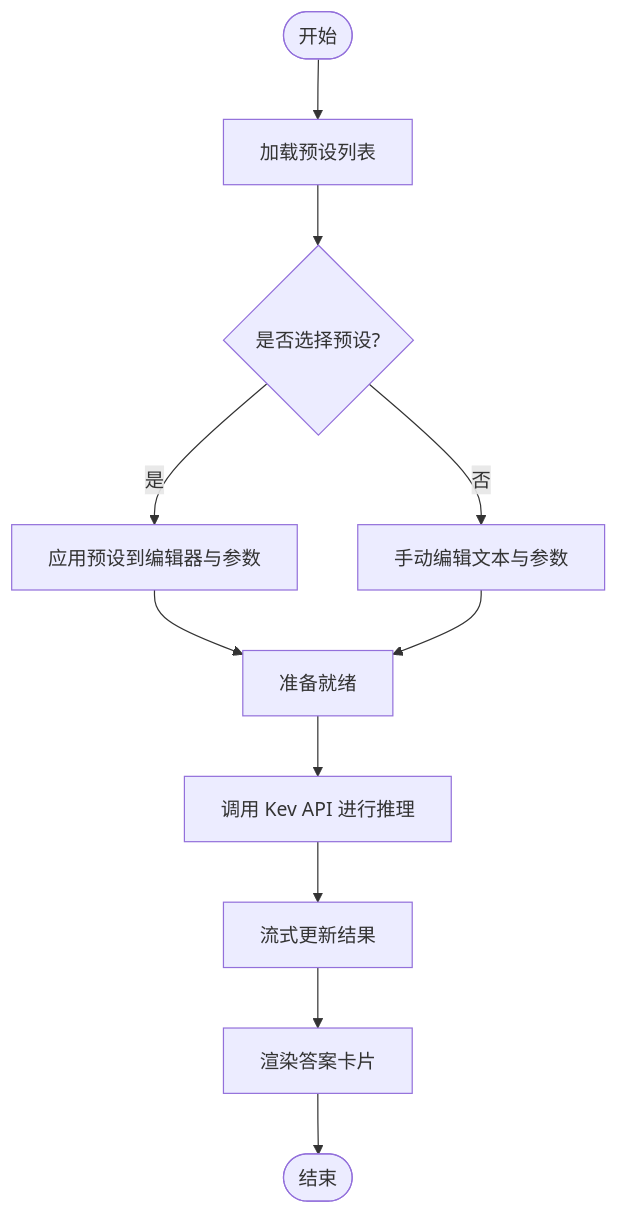
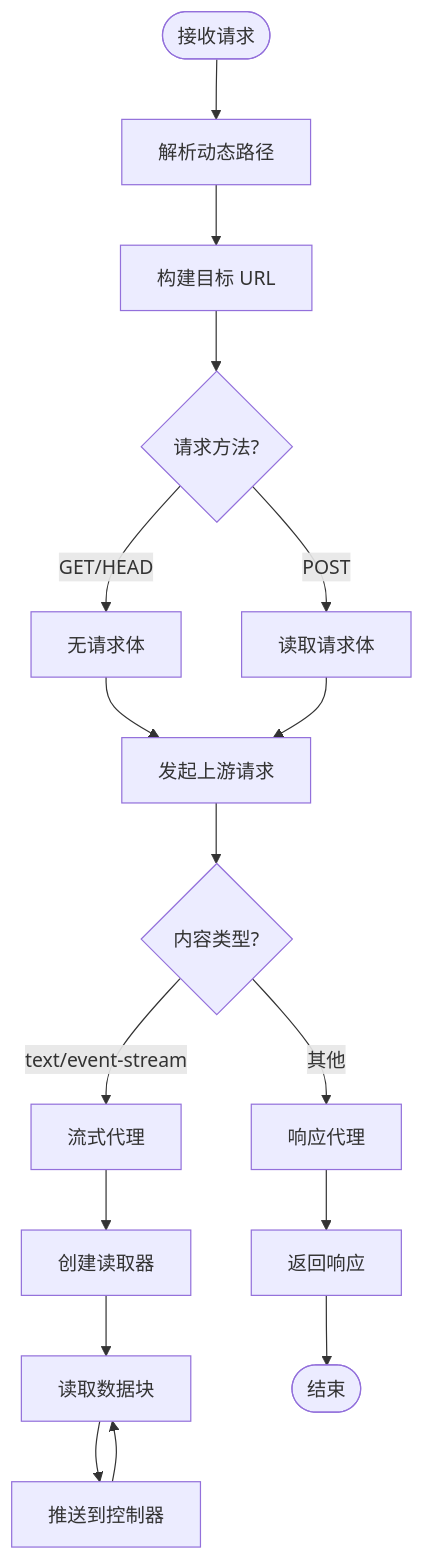
Before and after one commit to joezxh/kev: the third of 6 diagrams in .qoder/repowiki/zh/content/Playground 界面.md, drawn with Mermaid. The commit also changed other lines of this file and 70 other files, not shown here.

````diff
--- a/.qoder/repowiki/zh/content/Playground 界面.md
+++ b/.qoder/repowiki/zh/content/Playground 界面.md
@@ -202,13 +266,19 @@
 ```mermaid
 flowchart TD
-Start(["开始"]) --> LoadPresets["加载预设列表"]
-LoadPresets --> SelectPreset{"是否选择预设?"}
-SelectPreset --> |是| ApplyPreset["应用预设到编辑器与参数"]
-SelectPreset --> |否| EditText["手动编辑文本与参数"]
-ApplyPreset --> Ready["准备就绪"]
-EditText --> Ready
-Ready --> RunInference["调用 Kev API 进行推理"]
-RunInference --> StreamUpdate["流式更新结果"]
-StreamUpdate --> RenderCard["渲染答案卡片"]
-RenderCard --> End(["结束"])
+Start(["接收请求"]) --> ParsePath["解析动态路径"]
+ParsePath --> BuildTarget["构建目标 URL"]
+BuildTarget --> CheckMethod{"请求方法?"}
+CheckMethod --> |GET/HEAD| NoBody["无请求体"]
+CheckMethod --> |POST| ReadBody["读取请求体"]
+NoBody --> FetchUpstream["发起上游请求"]
+ReadBody --> FetchUpstream
+FetchUpstream --> CheckContentType{"内容类型?"}
+CheckContentType --> |text/event-stream| StreamProxy["流式代理"]
+CheckContentType --> |其他| ResponseProxy["响应代理"]
+StreamProxy --> CreateReader["创建读取器"]
+CreateReader --> ReadChunk["读取数据块"]
+ReadChunk --> Enqueue["推送到控制器"]
+Enqueue --> ReadChunk
+ResponseProxy --> ReturnResponse["返回响应"]
+ReturnResponse --> End(["结束"])
 ```
````
